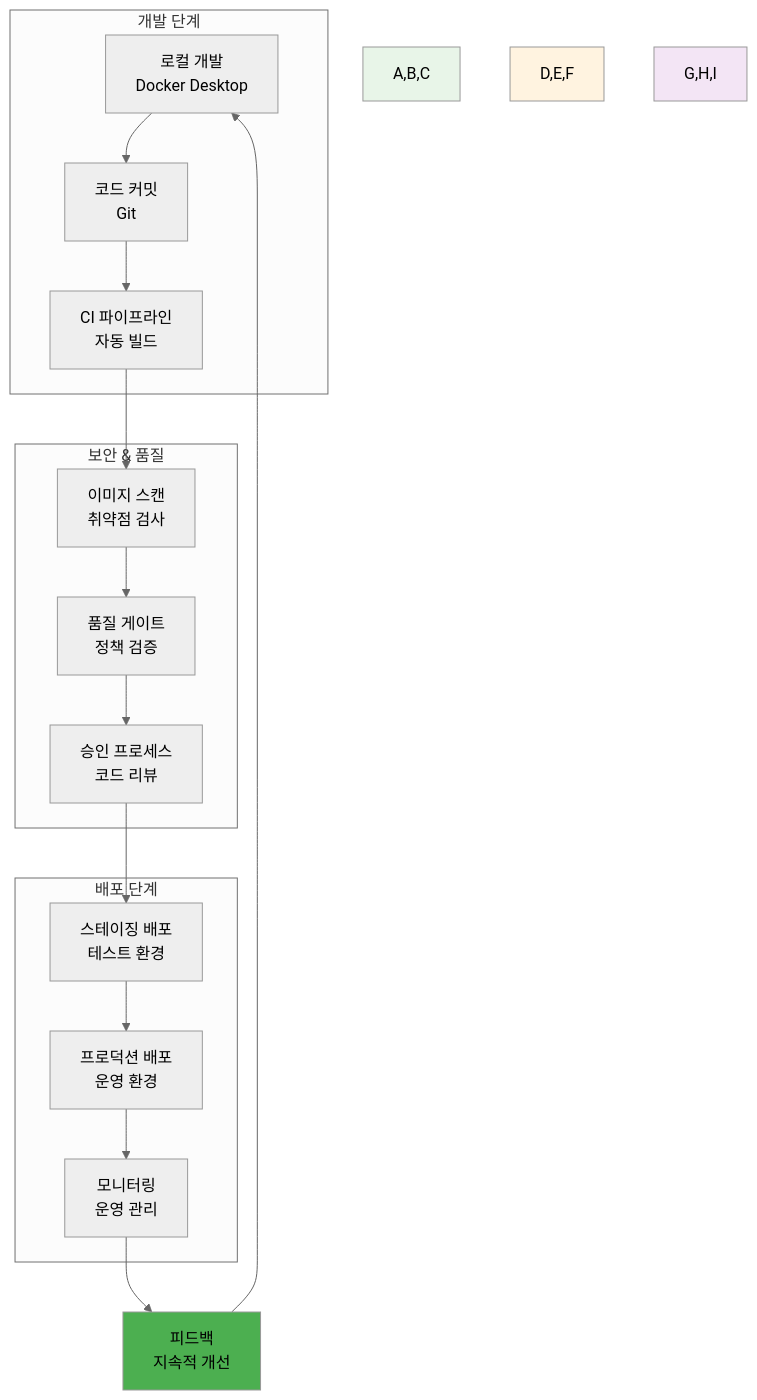
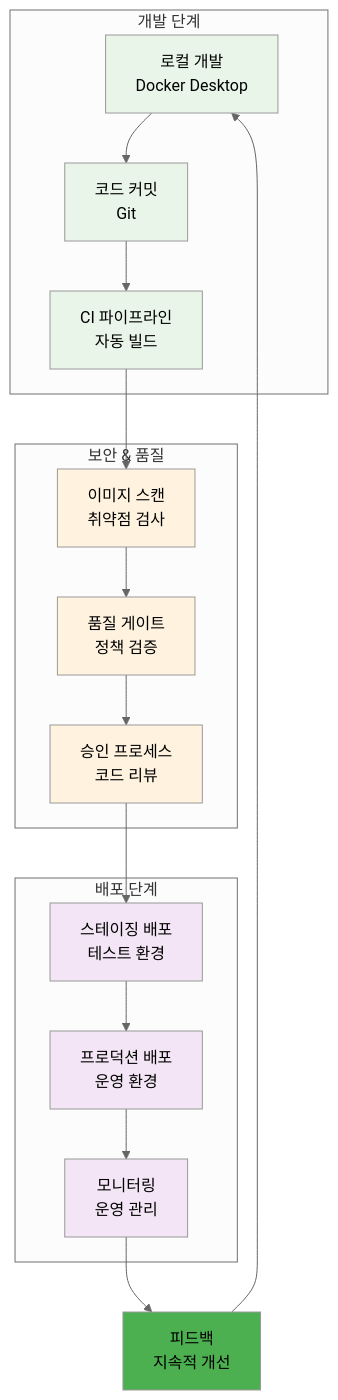
Before and after one commit to niceguy61/kdt_devops_lecture_2025: the sixth of 14 diagrams in theory/week_02/day4/README_corrected.md, drawn with Mermaid (neutral theme). The commit also changed other lines of this file and 63 other files, not shown here.

````diff
--- a/theory/week_02/day4/README_corrected.md
+++ b/theory/week_02/day4/README_corrected.md
@@ -205,27 +213,33 @@
 ```mermaid
 graph TB
     subgraph "개발 단계"
         A[로컬 개발<br/>Docker Desktop] --> B[코드 커밋<br/>Git]
         B --> C[CI 파이프라인<br/>자동 빌드]
     end
     
     subgraph "보안 & 품질"
         D[이미지 스캔<br/>취약점 검사] --> E[품질 게이트<br/>정책 검증]
         E --> F[승인 프로세스<br/>코드 리뷰]
     end
     
     subgraph "배포 단계"
         G[스테이징 배포<br/>테스트 환경] --> H[프로덕션 배포<br/>운영 환경]
         H --> I[모니터링<br/>운영 관리]
     end
     
     C --> D
     F --> G
     I --> J[피드백<br/>지속적 개선]
     J --> A
     
-    style A,B,C fill:#e8f5e8
-    style D,E,F fill:#fff3e0
-    style G,H,I fill:#f3e5f5
+    style A fill:#e8f5e8
+    style B fill:#e8f5e8
+    style C fill:#e8f5e8
+    style D fill:#fff3e0
+    style E fill:#fff3e0
+    style F fill:#fff3e0
+    style G fill:#f3e5f5
+    style H fill:#f3e5f5
+    style I fill:#f3e5f5
     style J fill:#4caf50
 ```
````
